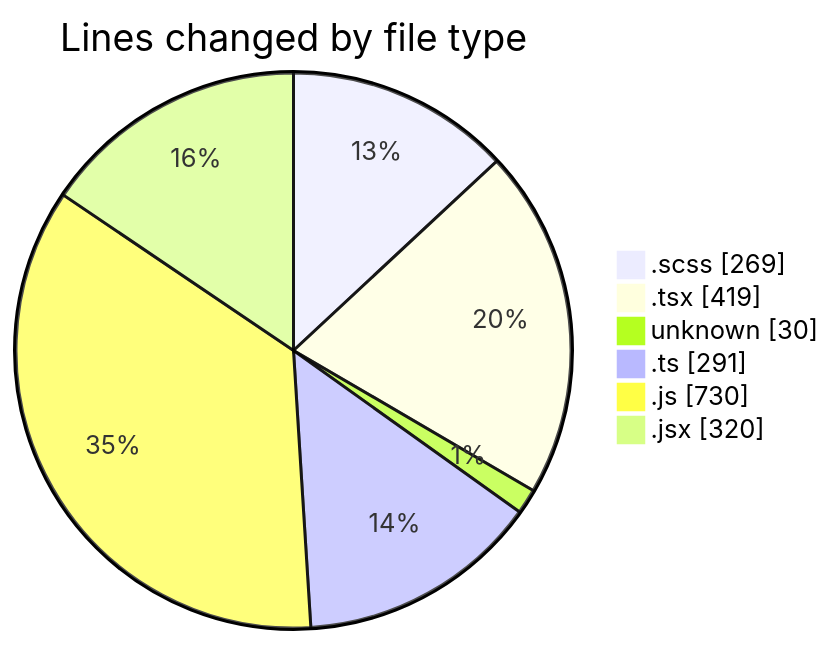
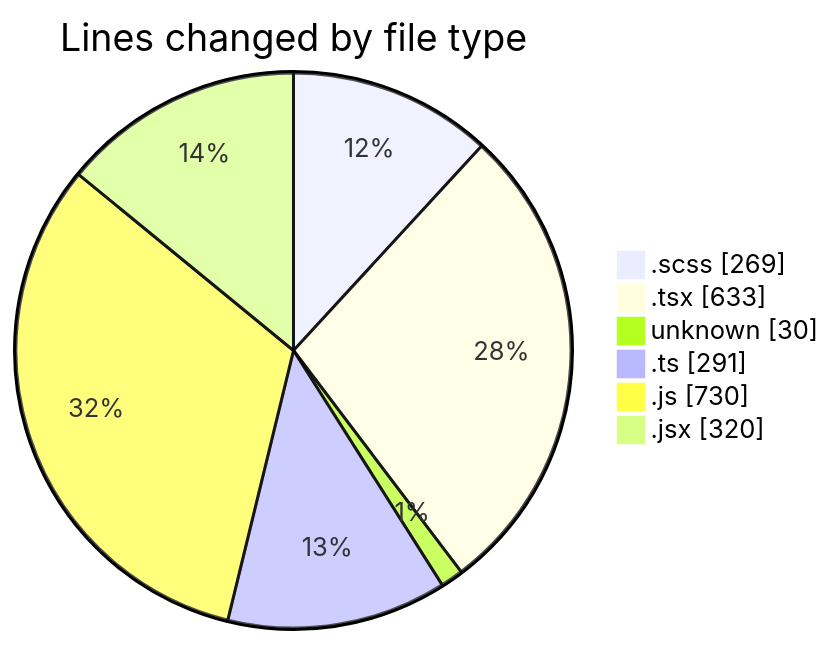
One commit to momahboobian/code-tracking changed the first of 2 diagrams in 2025-03-05/cda/README.md. Above: the diagram before and after it, drawn with Mermaid. The commit also changed other lines of this file and 1 other file, not shown here.

````diff
--- a/2025-03-05/cda/README.md
+++ b/2025-03-05/cda/README.md
@@ -38,10 +39,10 @@
 ```mermaid
 pie showData
 title Lines changed by file type
 ".scss" : 269
-".tsx" : 419
+".tsx" : 633
 "unknown" : 30
 ".ts" : 291
 ".js" : 730
 ".jsx" : 320
 ```
````
